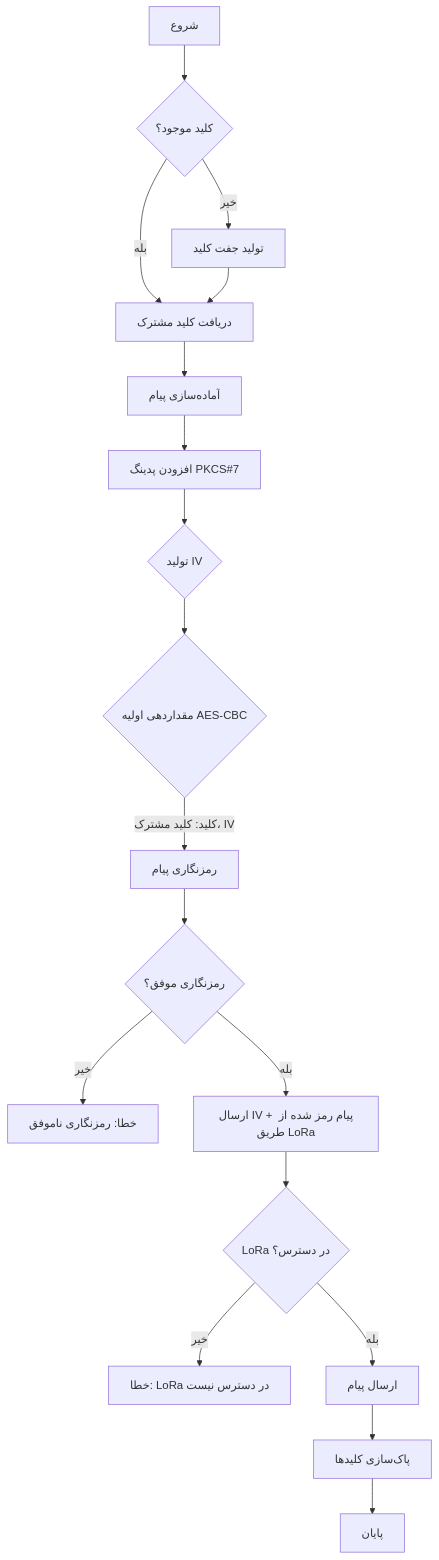
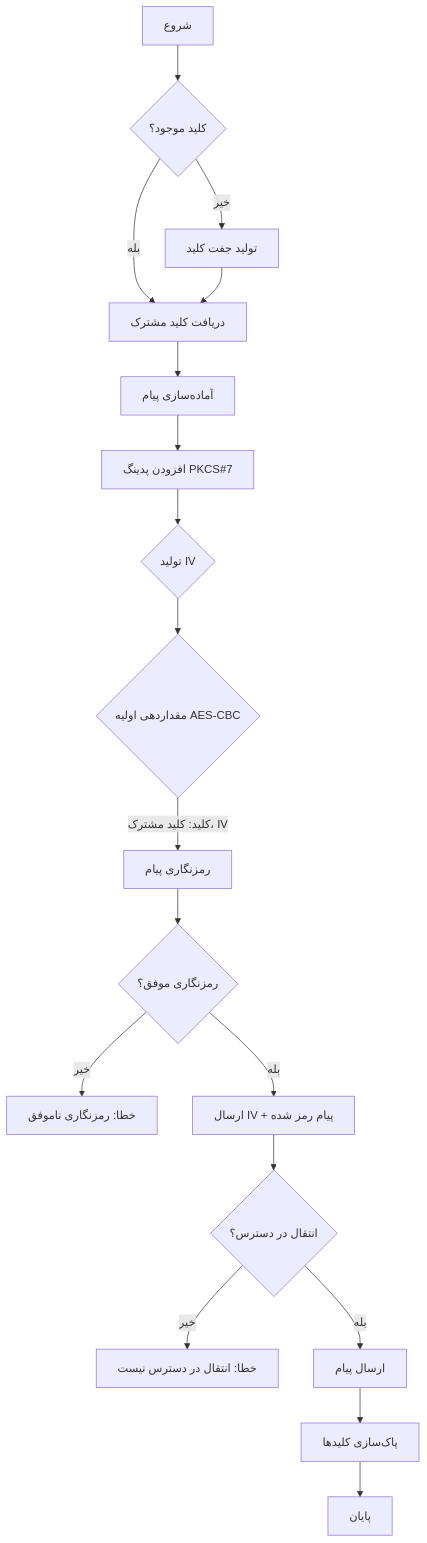
The fifth of 6 diagrams in README.markdown (armanghobadi/uecdh), drawn with Mermaid before and after one commit. The commit also changed other lines of this file, not shown here.

````diff
--- a/README.markdown
+++ b/README.markdown
@@ -475,20 +475,20 @@
 ```mermaid
 flowchart TD
     A[شروع] --> B{کلید موجود؟}
-    B -->|خیر| C[تولید جفت کلید]
-    B -->|بله| D[دریافت کلید مشترک]
+    B -->|"خیر"| C[تولید جفت کلید]
+    B -->|"بله"| D[دریافت کلید مشترک]
     C --> D
     D --> E[آماده‌سازی پیام]
     E --> F[افزودن پدینگ PKCS#7]
     F --> G{تولید IV}
     G --> H{مقداردهی اولیه AES-CBC}
-    H -->|کلید: کلید مشترک، IV| I[رمزنگاری پیام]
+    H -->|"کلید: کلید مشترک، IV"| I[رمزنگاری پیام]
     I --> J{رمزنگاری موفق؟}
-    J -->|خیر| K[خطا: رمزنگاری ناموفق]
-    J -->|بله| L[ارسال IV + پیام رمز شده از طریق LoRa]
-    L --> M{LoRa در دسترس؟}
-    M -->|خیر| N[خطا: LoRa در دسترس نیست]
-    M -->|بله| O[ارسال پیام]
+    J -->|"خیر"| K[خطا: رمزنگاری ناموفق]
+    J -->|"بله"| L[ارسال IV + پیام رمز شده]
+    L --> M{انتقال در دسترس؟}
+    M -->|"خیر"| N[خطا: انتقال در دسترس نیست]
+    M -->|"بله"| O[ارسال پیام]
     O --> P[پاک‌سازی کلیدها]
     P --> Q[پایان]
 ```
````
